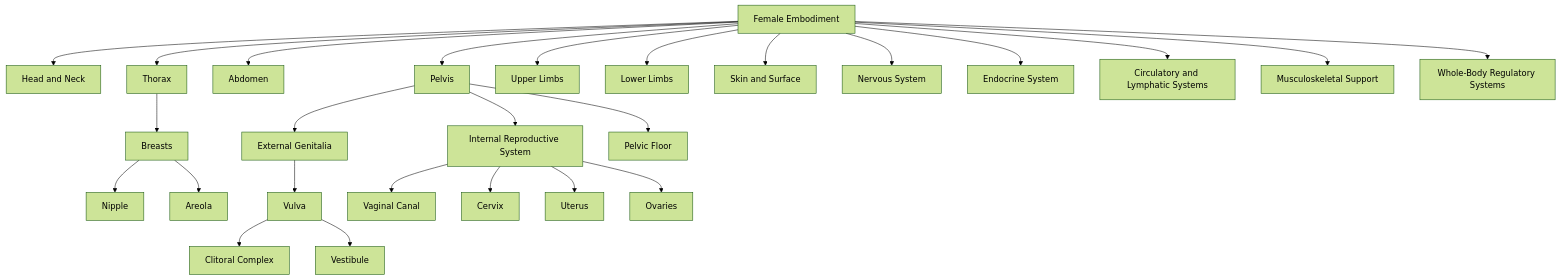
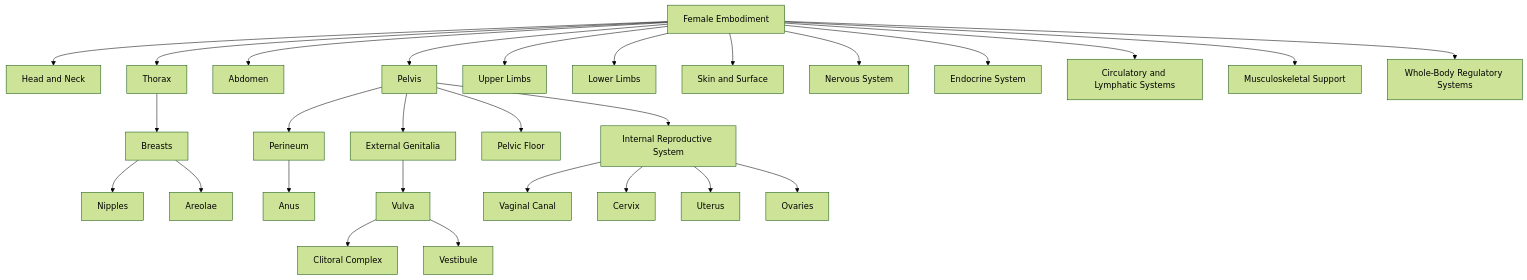
Before and after one commit to ksmccrae/somaticmeaningengine: the diagram in Canonical Embodiment/Female/Female Embodiment Framework.md, drawn with Mermaid (forest theme). The commit also changed other lines of this file, not shown here.

Commit message:
Update Female framework with Anus hierarchy

````diff
--- a/Canonical Embodiment/Female/Female Embodiment Framework.md
+++ b/Canonical Embodiment/Female/Female Embodiment Framework.md
@@ -420,32 +424,34 @@
 ```mermaid
 flowchart TD
     FE[Female Embodiment]
 
     FE --> HN[Head and Neck]
     FE --> TH[Thorax]
     FE --> AB[Abdomen]
     FE --> PE[Pelvis]
     FE --> UL[Upper Limbs]
     FE --> LL[Lower Limbs]
     FE --> SS[Skin and Surface]
     FE --> NS[Nervous System]
     FE --> EN[Endocrine System]
     FE --> CL[Circulatory and Lymphatic Systems]
     FE --> MS[Musculoskeletal Support]
     FE --> WR[Whole-Body Regulatory Systems]
 
     TH --> BR[Breasts]
-    BR --> NI[Nipple]
-    BR --> AR[Areola]
+    BR --> NI[Nipples]
+    BR --> AR[Areolae]
 
     PE --> EG[External Genitalia]
     PE --> IR[Internal Reproductive System]
     PE --> PF[Pelvic Floor]
+    PE --> PR[Perineum]
+    PR --> AN[Anus]
     EG --> VU[Vulva]
     VU --> CC[Clitoral Complex]
     VU --> VE[Vestibule]
     IR --> VC[Vaginal Canal]
     IR --> CE[Cervix]
     IR --> UT[Uterus]
     IR --> OV[Ovaries]
 ```
````
